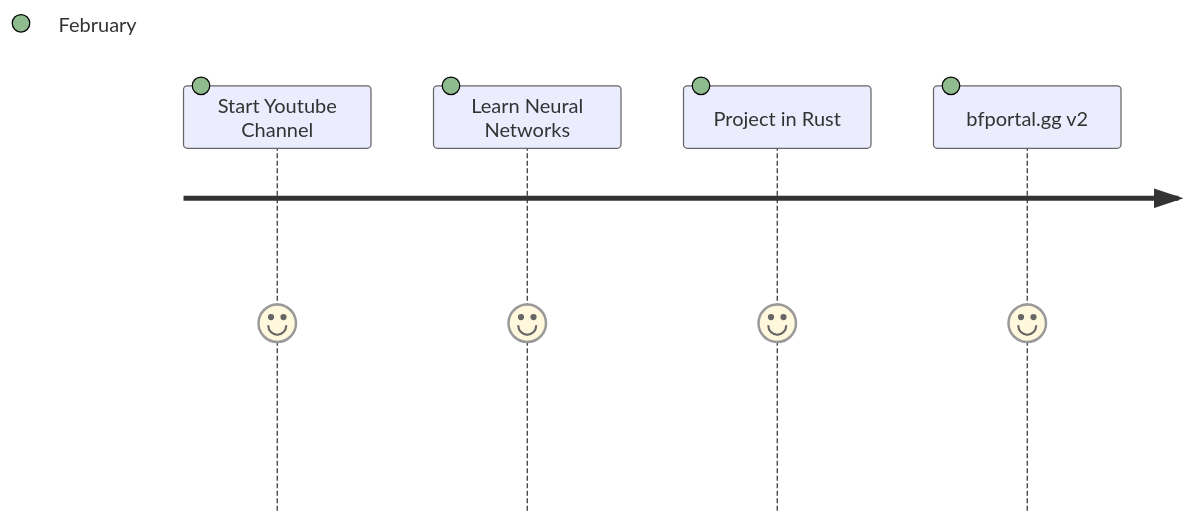
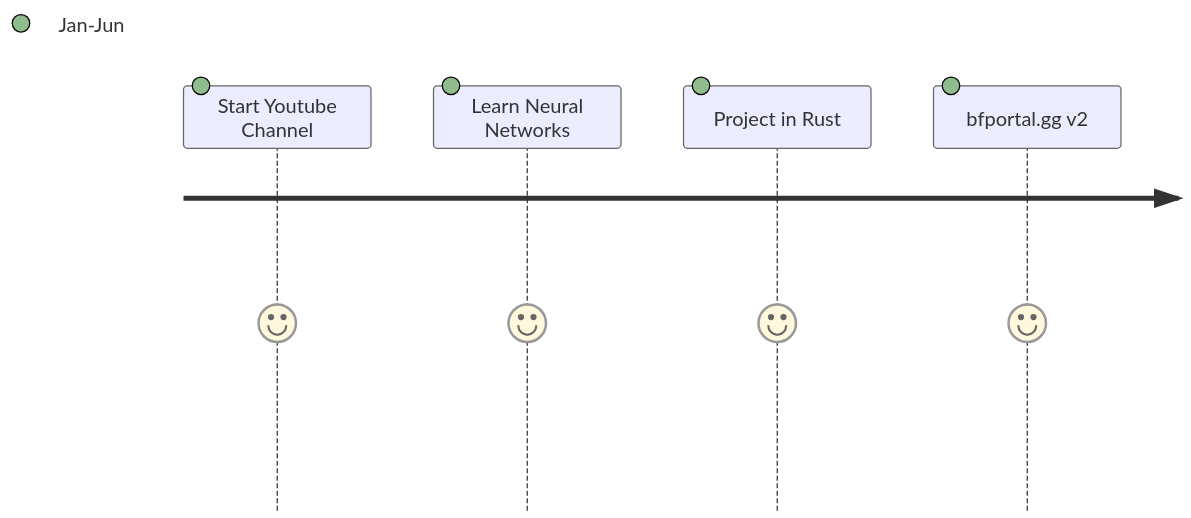
The second of 2 diagrams in README.md (p0lygun/p0lygun), drawn with Mermaid before and after one commit.

````diff
--- a/README.md
+++ b/README.md
@@ -30,7 +30,7 @@
 ```mermaid
 journey
-    Start Youtube Channel:5:February
-    Learn Neural Networks: 5:February 
-    Project in Rust:5:February
-    bfportal.gg v2:5:February  
+    Start Youtube Channel:5:Jan-Jun
+    Learn Neural Networks: 5:Jan-Jun
+    Project in Rust:5:Jan-Jun
+    bfportal.gg v2:5:Jan-Jun  
 ```
````
